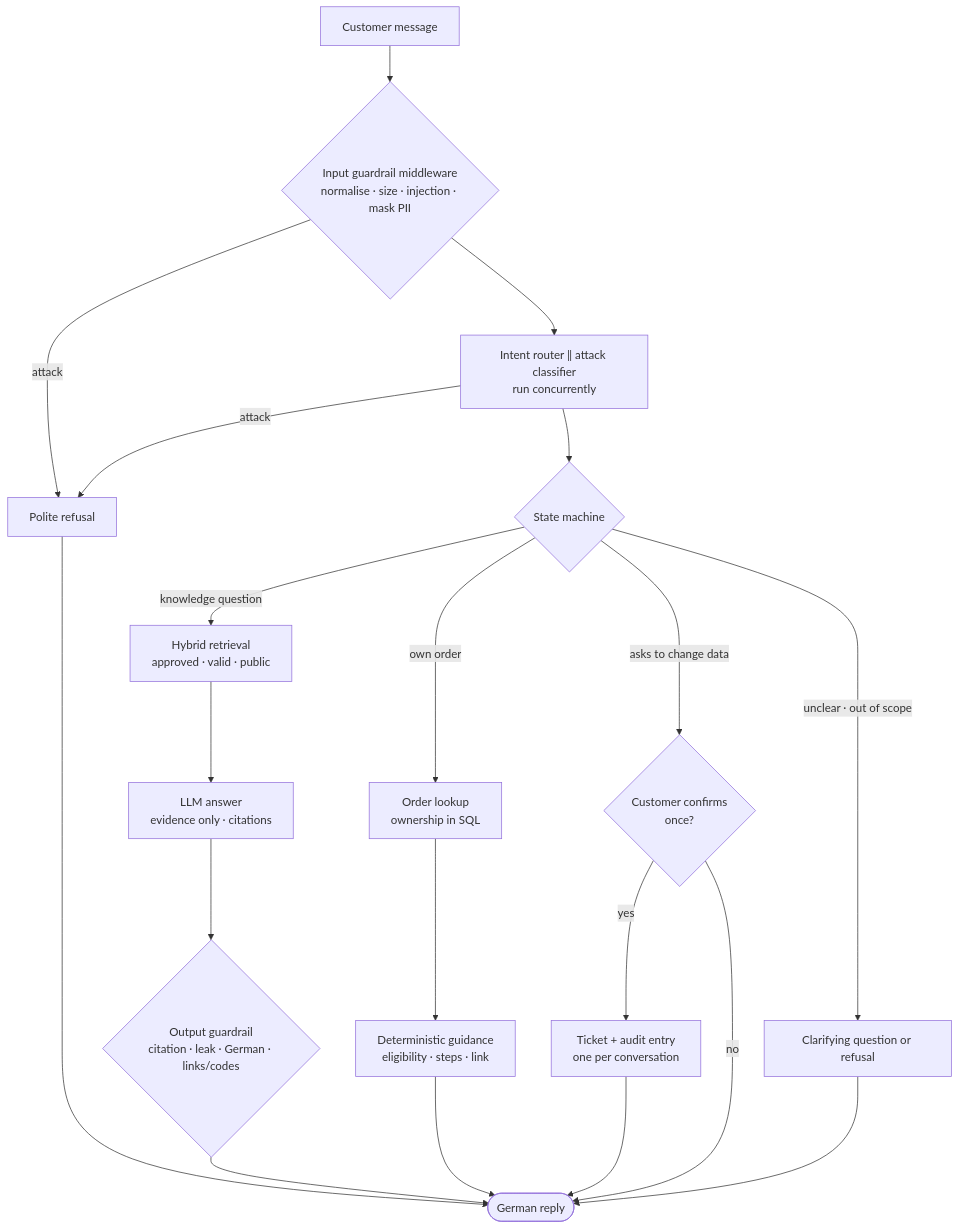
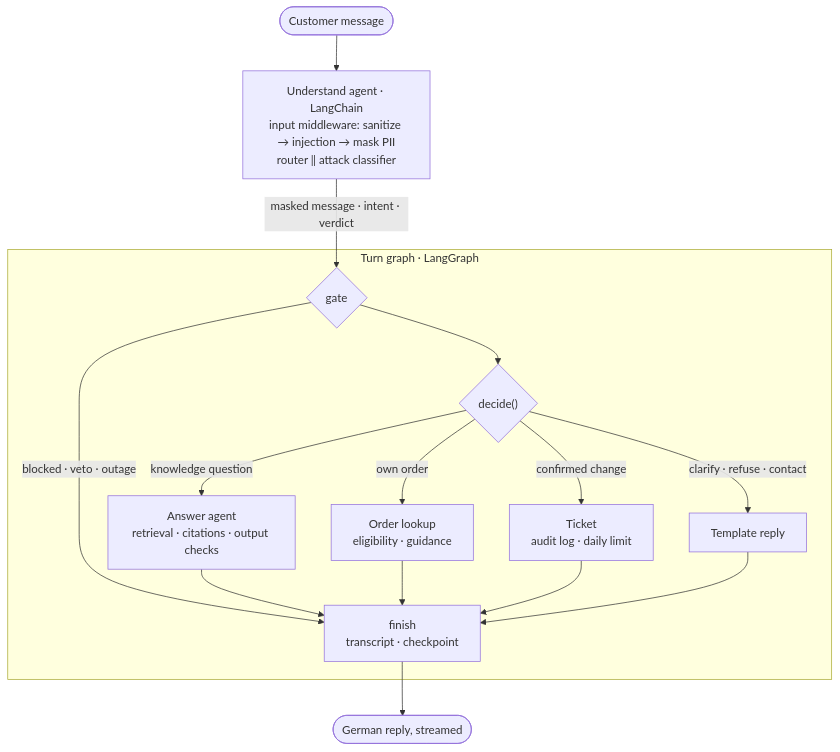
Before and after one commit to haoran-yang-henry/customer-chatbot: the second of 3 diagrams in README.md, drawn with Mermaid. The commit also changed other lines of this file, not shown here.

First line of the commit message:
docs: README rebuilt around the LangChain, LangGraph and Langfuse architecture

````diff
--- a/README.md
+++ b/README.md
@@ -60,22 +58,19 @@
 ```mermaid
 flowchart TD
-    msg[Customer message] --> input{Input guardrail middleware<br/>normalise · size · injection · mask PII}
-    input -- attack --> refuse[Polite refusal]
-    input --> classify[Intent router ‖ attack classifier<br/>run concurrently]
-    classify -- attack --> refuse
-    classify --> decide{State machine}
-    decide -- knowledge question --> retrieve[Hybrid retrieval<br/>approved · valid · public]
-    retrieve --> answer[LLM answer<br/>evidence only · citations]
-    answer --> output{Output guardrail<br/>citation · leak · German · links/codes}
-    output --> reply([German reply])
-    decide -- own order --> lookup[Order lookup<br/>ownership in SQL]
-    lookup --> guidance[Deterministic guidance<br/>eligibility · steps · link]
-    guidance --> reply
-    decide -- asks to change data --> confirm{Customer confirms<br/>once?}
-    confirm -- yes --> ticket[Ticket + audit entry<br/>one per conversation]
-    confirm -- no --> reply
-    ticket --> reply
-    decide -- unclear · out of scope --> clarify[Clarifying question or refusal]
-    clarify --> reply
-    refuse --> reply
+    msg([Customer message]) --> understand
+
+    understand["Understand agent · LangChain<br/>input middleware: sanitize → injection → mask PII<br/>router ‖ attack classifier"]
+    understand -- "masked message · intent · verdict" --> gate
+
+    subgraph turn_graph [Turn graph · LangGraph]
+        gate{gate} --> decide{"decide()"}
+        gate -- "blocked · veto · outage" --> finish
+        decide -- knowledge question --> knowledge[Answer agent<br/>retrieval · citations · output checks]
+        decide -- own order --> order[Order lookup<br/>eligibility · guidance]
+        decide -- confirmed change --> ticket[Ticket<br/>audit log · daily limit]
+        decide -- "clarify · refuse · contact" --> template[Template reply]
+        knowledge & order & ticket & template --> finish[finish<br/>transcript · checkpoint]
+    end
+
+    finish --> reply([German reply, streamed])
 ```
````
